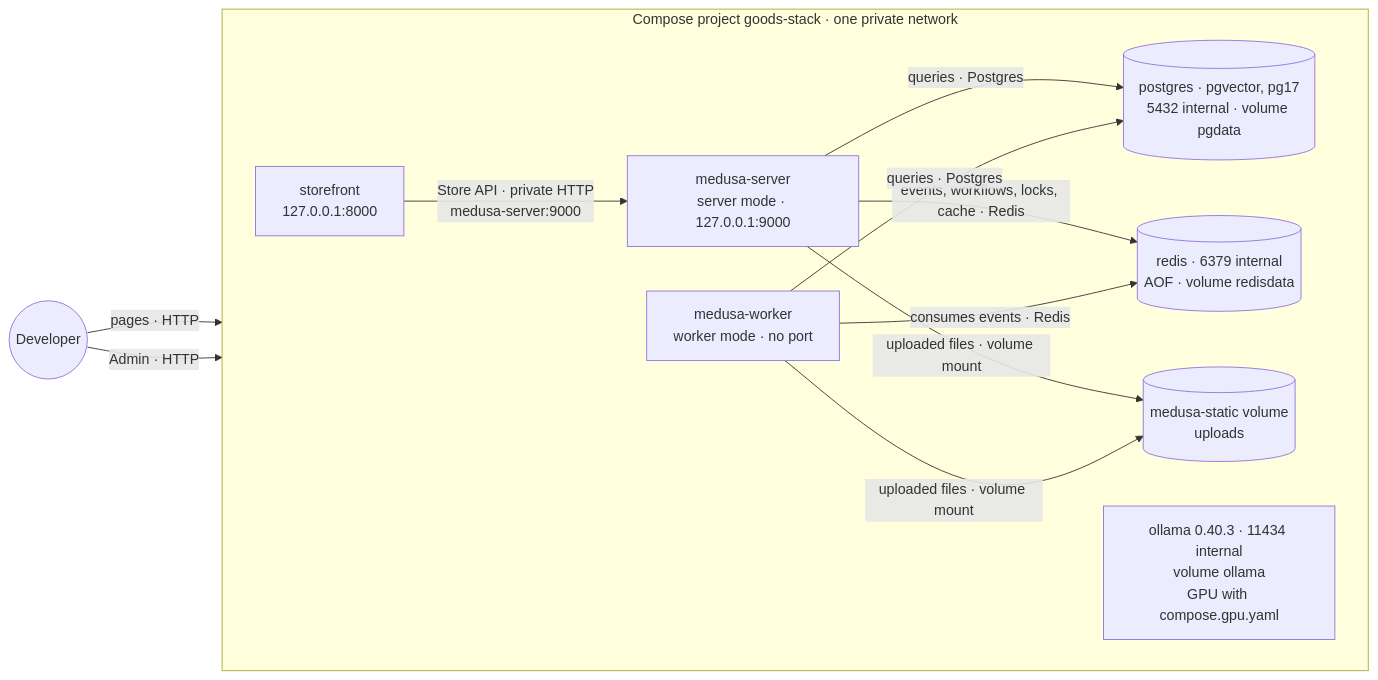
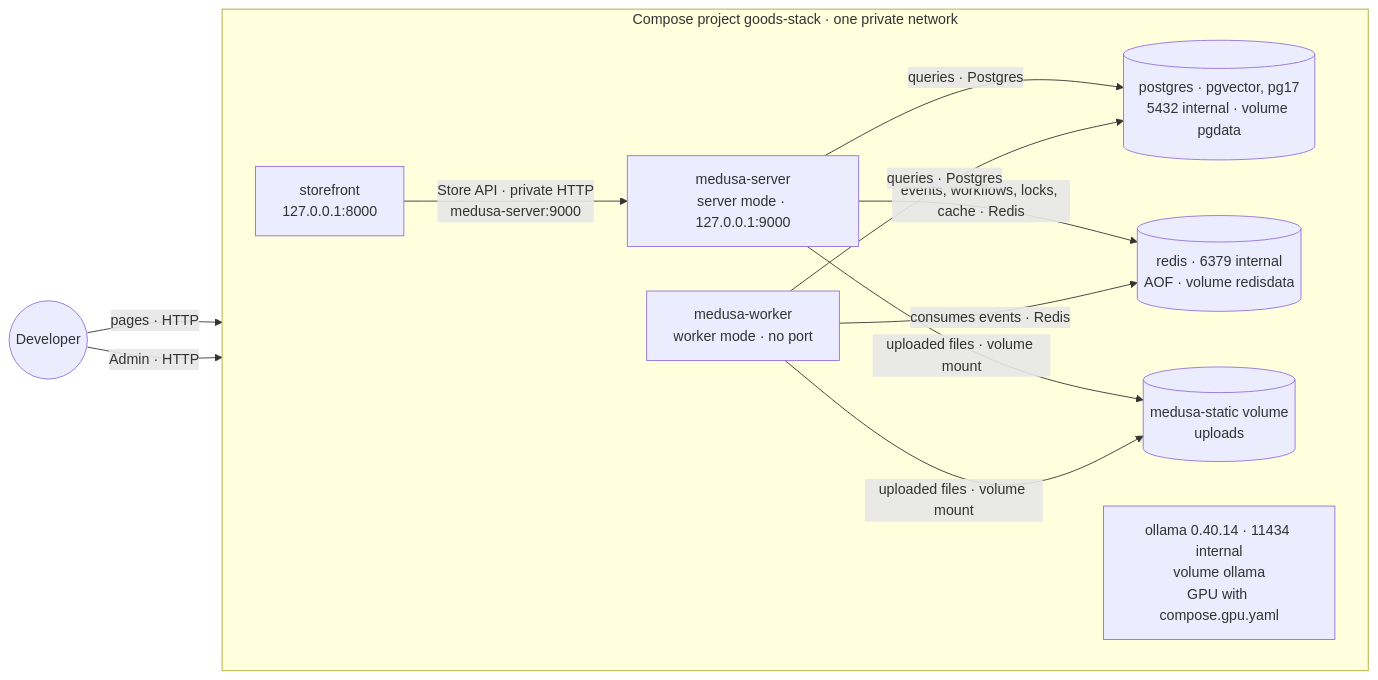
One commit to Tirso0882/goods changed the seventh of 11 diagrams in docs/architecture/overview.md. Above: the diagram before and after it, drawn with Mermaid. The commit also changed 3 other files, not shown here.

Commit message:
docs(architecture): record the node 24.22.2 and Ollama 0.40.14 images

````diff
--- a/docs/architecture/overview.md
+++ b/docs/architecture/overview.md
@@ -247,24 +247,24 @@
 ```mermaid
 flowchart LR
   you(("Developer"))
 
   subgraph cs["Compose project goods-stack · one private network"]
     direction LR
     sfc["storefront<br/>127.0.0.1:8000"]
     srvc["medusa-server<br/>server mode · 127.0.0.1:9000"]
     wrkc["medusa-worker<br/>worker mode · no port"]
     pgc[("postgres · pgvector, pg17<br/>5432 internal · volume pgdata")]
     rdc[("redis · 6379 internal<br/>AOF · volume redisdata")]
     static[("medusa-static volume<br/>uploads")]
-    oll["ollama 0.40.3 · 11434 internal<br/>volume ollama<br/>GPU with compose.gpu.yaml"]
+    oll["ollama 0.40.14 · 11434 internal<br/>volume ollama<br/>GPU with compose.gpu.yaml"]
   end
 
   you -->|"pages · HTTP"| sfc
   you -->|"Admin · HTTP"| srvc
   sfc -->|"Store API · private HTTP<br/>medusa-server:9000"| srvc
   srvc -->|"queries · Postgres"| pgc
   srvc -->|"events, workflows, locks, cache · Redis"| rdc
   wrkc -->|"queries · Postgres"| pgc
   wrkc -->|"consumes events · Redis"| rdc
   srvc & wrkc -->|"uploaded files · volume mount"| static
 ```
````
